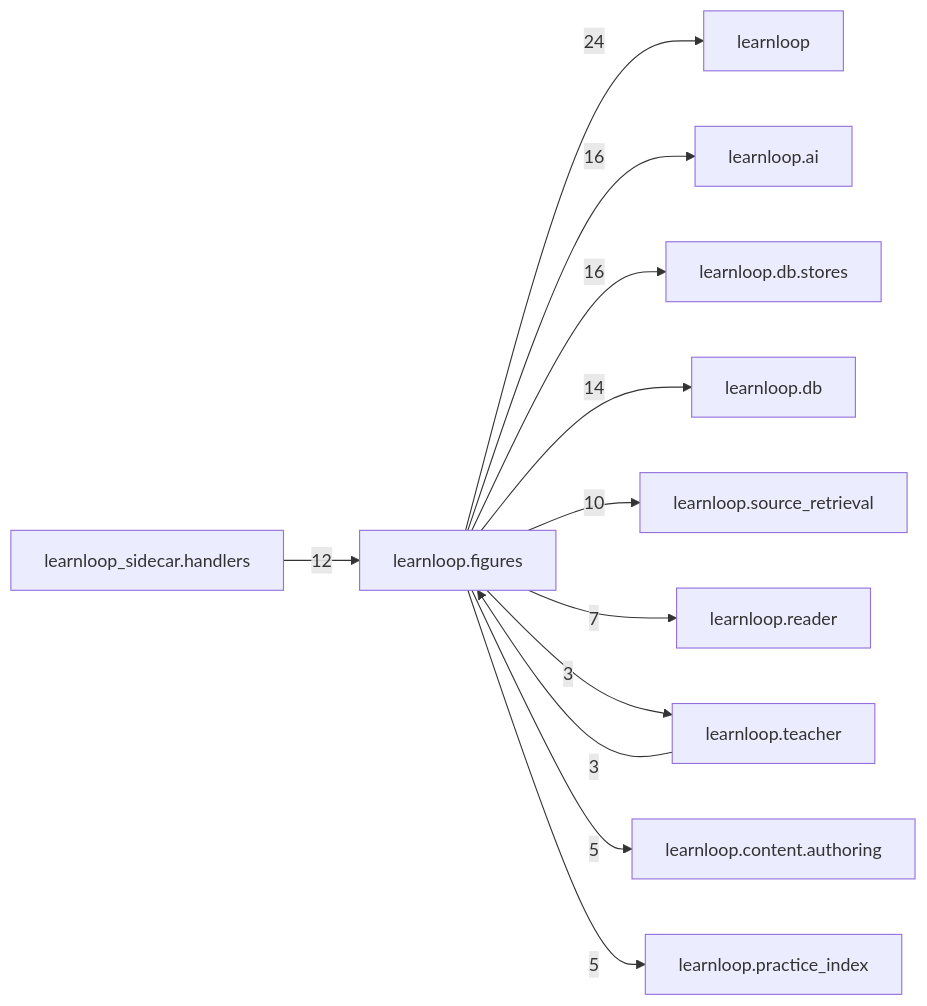
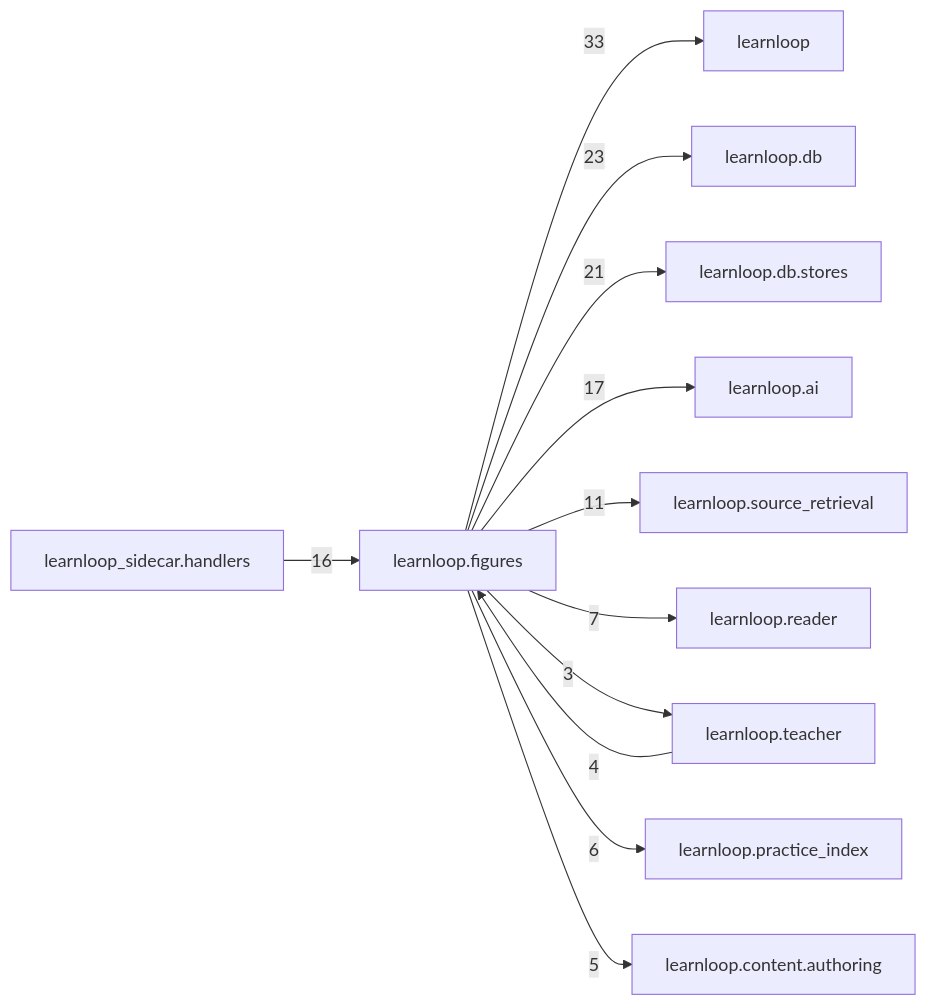
Before and after one commit to 6up-b/learnanything: the diagram in docs/learnloop-architecture-vault/Reference/Modules/learnloop/figures/_package.md, drawn with Mermaid. The commit also changed other lines of this file and 68 other files, not shown here.

````diff
--- a/docs/learnloop-architecture-vault/Reference/Modules/learnloop/figures/_package.md
+++ b/docs/learnloop-architecture-vault/Reference/Modules/learnloop/figures/_package.md
@@ -130,25 +140,25 @@
 ```mermaid
 flowchart LR
     center["learnloop.figures"]
     n_learnloop["learnloop"]
+    n_learnloop_db["learnloop.db"]
+    n_learnloop_db_stores["learnloop.db.stores"]
     n_learnloop_ai["learnloop.ai"]
-    n_learnloop_db_stores["learnloop.db.stores"]
-    n_learnloop_db["learnloop.db"]
     n_learnloop_sidecar_handlers["learnloop_sidecar.handlers"]
     n_learnloop_source_retrieval["learnloop.source_retrieval"]
     n_learnloop_reader["learnloop.reader"]
     n_learnloop_teacher["learnloop.teacher"]
+    n_learnloop_practice_index["learnloop.practice_index"]
     n_learnloop_content_authoring["learnloop.content.authoring"]
-    n_learnloop_practice_index["learnloop.practice_index"]
-    center -->|24| n_learnloop
-    center -->|16| n_learnloop_ai
-    center -->|16| n_learnloop_db_stores
-    center -->|14| n_learnloop_db
-    n_learnloop_sidecar_handlers -->|12| center
-    center -->|10| n_learnloop_source_retrieval
+    center -->|33| n_learnloop
+    center -->|23| n_learnloop_db
+    center -->|21| n_learnloop_db_stores
+    center -->|17| n_learnloop_ai
+    n_learnloop_sidecar_handlers -->|16| center
+    center -->|11| n_learnloop_source_retrieval
     center -->|7| n_learnloop_reader
-    n_learnloop_teacher -->|3| center
+    n_learnloop_teacher -->|4| center
     center -->|3| n_learnloop_teacher
+    center -->|6| n_learnloop_practice_index
     center -->|5| n_learnloop_content_authoring
-    center -->|5| n_learnloop_practice_index
 ```
````
